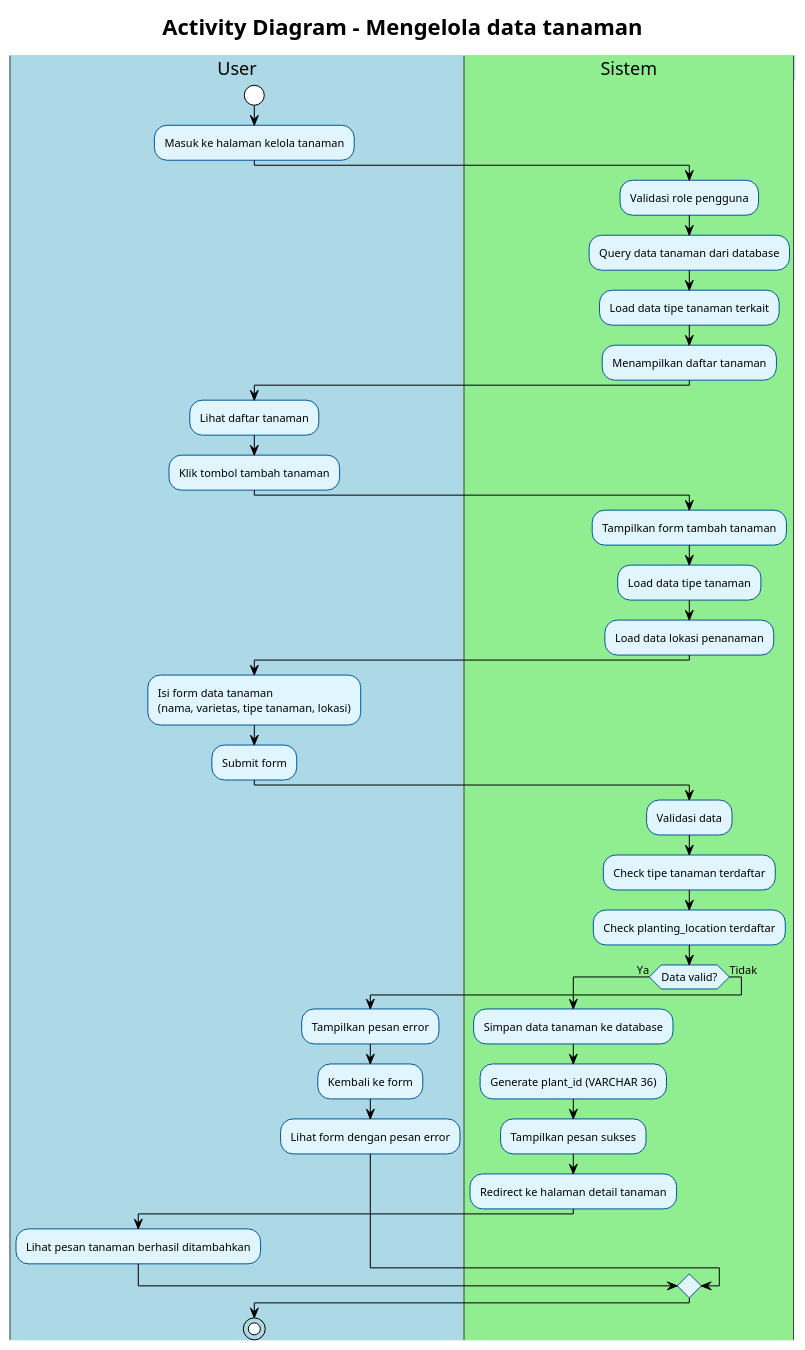
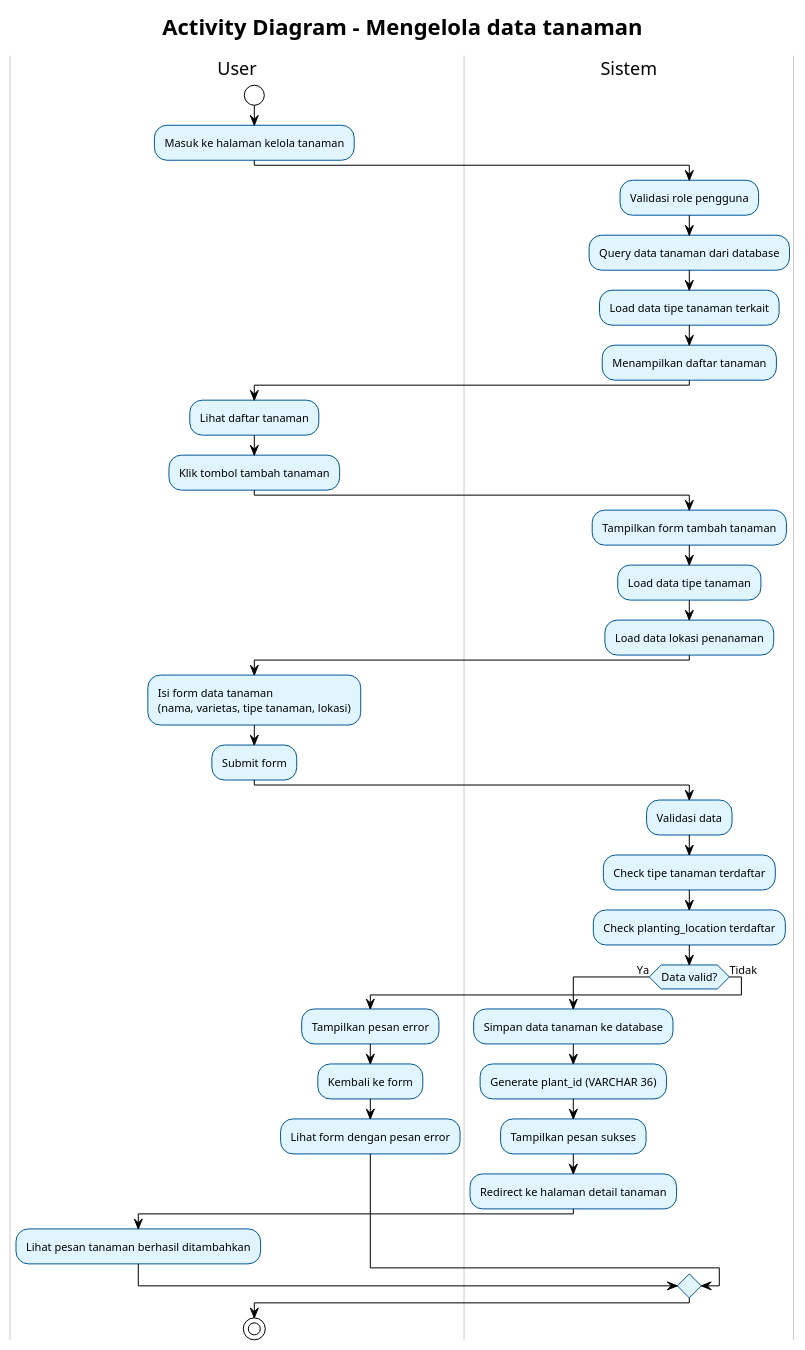
One commit to Rifkiwastaken/example-app changed the diagram in uml/activity/Activity new/01_kelola_data_tanaman.puml. Above: the diagram before and after it, drawn with PlantUML. The commit also changed 441 other files, not shown here.

```diff
--- a/uml/activity/Activity new/01_kelola_data_tanaman.puml
+++ b/uml/activity/Activity new/01_kelola_data_tanaman.puml
@@ -1,64 +1,65 @@
 @startuml
 ' Referensi: Use Case Overview (00_use_case_overview.puml)
 ' Use case 01: Mengelola data tanaman
 ' Aktor: Admin/Kepala Sek, Penangkar/Kepala Satgas
 !theme plain
+skinparam backgroundColor white
 skinparam activity {
     BackgroundColor #E1F5FE
     BorderColor #01579B
     FontSize 11
 }
 skinparam swimlane {
-    BackgroundColor #F5F5F5
-    BorderColor #424242
-    TitleBackgroundColor #BBDEFB
-    TitleBorderColor #1976D2
+    BackgroundColor White
+    BorderColor #CCCCCC
+    TitleBackgroundColor White
+    TitleBorderColor #999999
 }
 
 title Activity Diagram - Mengelola data tanaman
 
-|#LightBlue|User|
+|#White|User|
 start
 :Masuk ke halaman kelola tanaman;
 
-|#LightGreen|Sistem|
+|#White|Sistem|
 :Validasi role pengguna;
 :Query data tanaman dari database;
 :Load data tipe tanaman terkait;
 :Menampilkan daftar tanaman;
 
-|#LightBlue|User|
+|#White|User|
 :Lihat daftar tanaman;
 :Klik tombol tambah tanaman;
 
-|#LightGreen|Sistem|
+|#White|Sistem|
 :Tampilkan form tambah tanaman;
 :Load data tipe tanaman;
 :Load data lokasi penanaman;
 
-|#LightBlue|User|
+|#White|User|
 :Isi form data tanaman\n(nama, varietas, tipe tanaman, lokasi);
 :Submit form;
 
-|#LightGreen|Sistem|
+|#White|Sistem|
 :Validasi data;
 :Check tipe tanaman terdaftar;
 :Check planting_location terdaftar;
 
 if (Data valid?) then (Ya)
     :Simpan data tanaman ke database;
     :Generate plant_id (VARCHAR 36);
     :Tampilkan pesan sukses;
     :Redirect ke halaman detail tanaman;
-    |#LightBlue|User|
+    |#White|User|
     :Lihat pesan tanaman berhasil ditambahkan;
 else (Tidak)
     :Tampilkan pesan error;
     :Kembali ke form;
-    |#LightBlue|User|
+    |#White|User|
     :Lihat form dengan pesan error;
 endif
 
 stop
 
 @enduml
```
